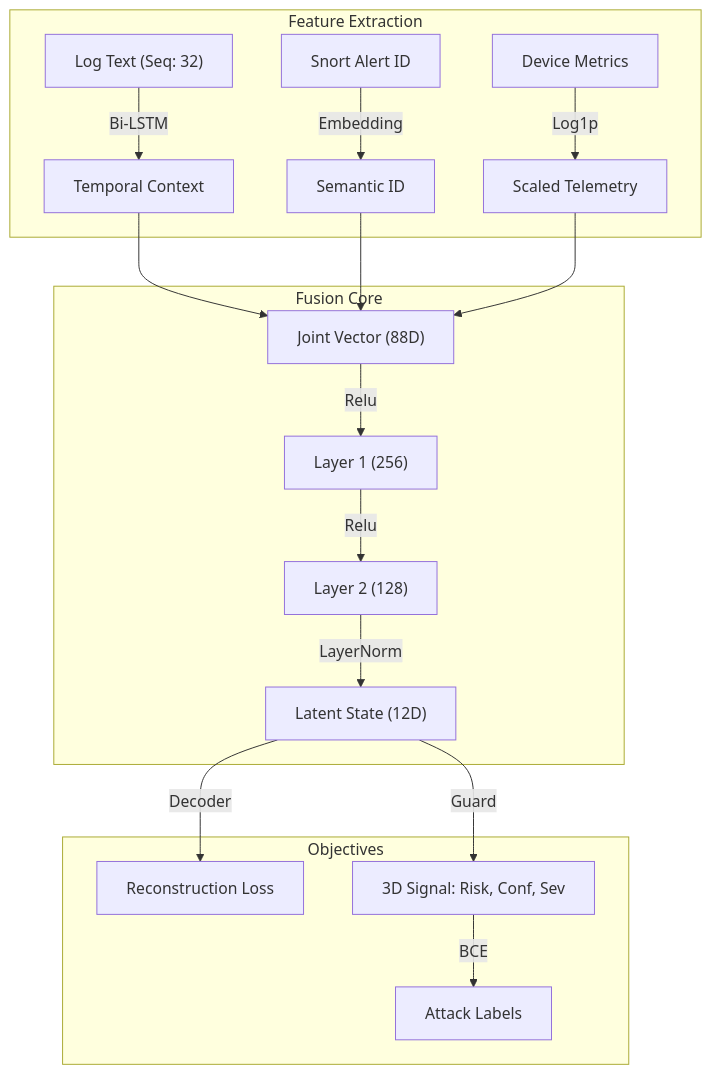
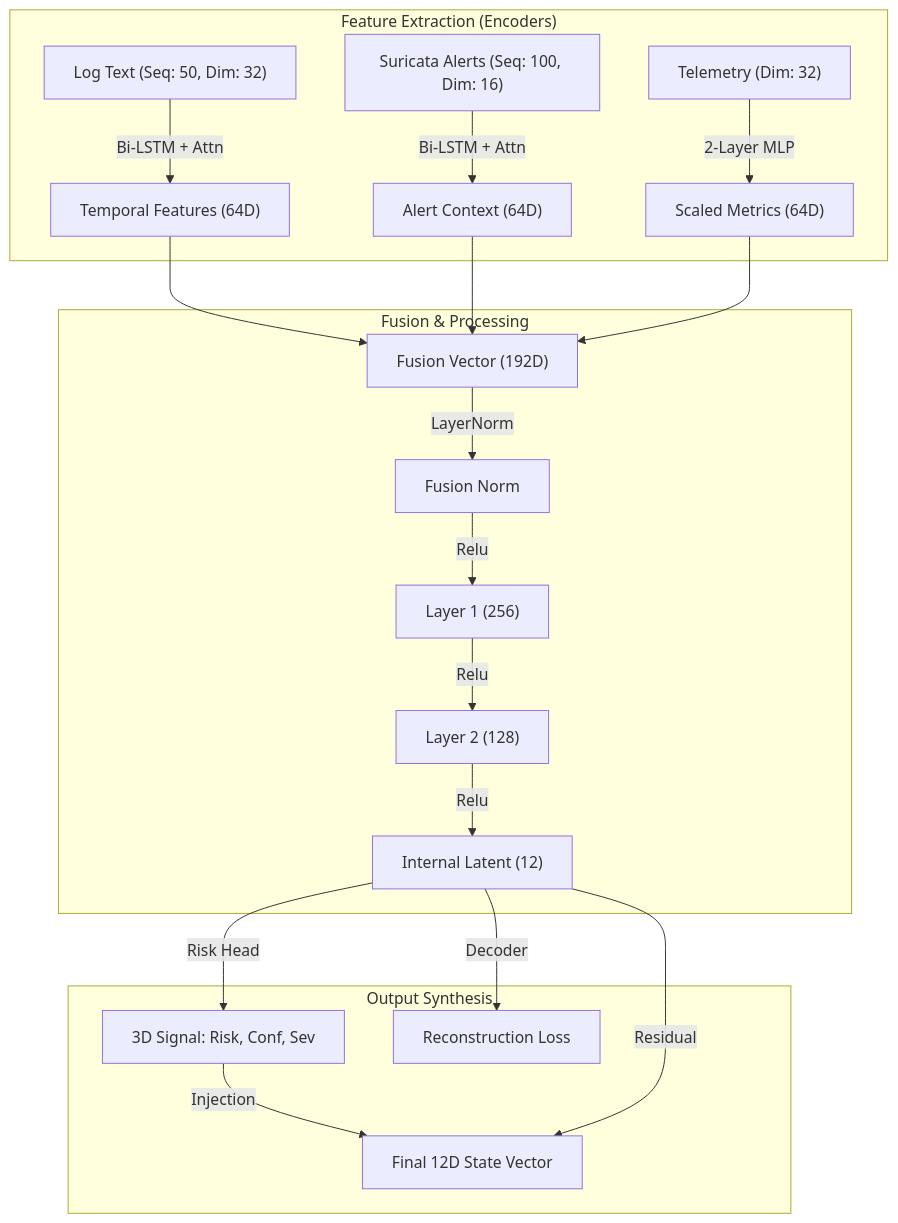
Before and after one commit to didi-09/AI_DRIVEN_SOAR: the third of 6 diagrams in README.md, drawn with Mermaid. The commit also changed other lines of this file, not shown here.

Commit message:
Revise Observer architecture and operational logic
Updated the Observer architecture to reflect changes in input dimensions and feature extraction methods. Enhanced the operational logic section to describe the V6 'Deep Eyes' and its fusion core.

````diff
--- a/README.md
+++ b/README.md
@@ -105,27 +105,29 @@
 ```mermaid
 graph TD
-    Input_Logs["Log Text (Seq: 32)"]
-    Input_Alerts["Snort Alert ID"]
-    Input_Metrics["Device Metrics"]
+    Input_Logs["Log Text (Seq: 50, Dim: 32)"]
+    Input_Alerts["Suricata Alerts (Seq: 100, Dim: 16)"]
+    Input_Metrics["Telemetry (Dim: 32)"]
 
-    subgraph "Feature Extraction"
-        Input_Logs -->|Bi-LSTM| Feat_Text["Temporal Context"]
-        Input_Alerts -->|Embedding| Feat_Alert["Semantic ID"]
-        Input_Metrics -->|Log1p| Feat_Metric["Scaled Telemetry"]
+    subgraph "Feature Extraction (Encoders)"
+        Input_Logs -->|Bi-LSTM + Attn| Feat_Text["Temporal Features (64D)"]
+        Input_Alerts -->|Bi-LSTM + Attn| Feat_Alert["Alert Context (64D)"]
+        Input_Metrics -->|2-Layer MLP| Feat_Metric["Scaled Metrics (64D)"]
     end
 
-    subgraph "Fusion Core"
-        Feat_Text --> Integrated["Joint Vector (88D)"]
-        Feat_Alert --> Integrated
-        Feat_Metric --> Integrated
-        Integrated -->|Relu| L1["Layer 1 (256)"]
+    subgraph "Fusion & Processing"
+        Feat_Text --> Joint["Fusion Vector (192D)"]
+        Feat_Alert --> Joint
+        Feat_Metric --> Joint
+        Joint -->|LayerNorm| FN["Fusion Norm"]
+        FN -->|Relu| L1["Layer 1 (256)"]
         L1 -->|Relu| L2["Layer 2 (128)"]
-        L2 -->|LayerNorm| Latent["Latent State (12D)"]
+        L2 -->|Relu| L3["Internal Latent (12)"]
     end
 
-    subgraph "Objectives"
-        Latent -->|Decoder| Recon["Reconstruction Loss"]
-        Latent -->|Guard| Signal["3D Signal: Risk, Conf, Sev"]
-        Signal -->|BCE| GroundTruth["Attack Labels"]
+    subgraph "Output Synthesis"
+        L3 -->|Risk Head| Signal["3D Signal: Risk, Conf, Sev"]
+        L3 -->|Decoder| Recon["Reconstruction Loss"]
+        Signal -->|Injection| Final["Final 12D State Vector"]
+        L3 -->|Residual| Final
     end
 ```
````
